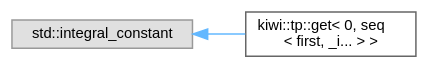
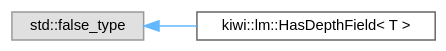
One commit to bab2min/Kiwi changed the diagram in inherit_graph_135.dot. Above: the diagram before and after it, drawn with Graphviz. The commit also changed 89 other files, not shown here.

```diff
--- a/inherit_graph_135.dot
+++ b/inherit_graph_135.dot
@@ -1,11 +1,11 @@
 digraph "Graphical Class Hierarchy"
 {
  // LATEX_PDF_SIZE
   bgcolor="transparent";
   edge [fontname=Helvetica,fontsize=10,labelfontname=Helvetica,labelfontsize=10];
   node [fontname=Helvetica,fontsize=10,shape=box,height=0.2,width=0.4];
   rankdir="LR";
-  Node0 [id="Node000000",label="std::integral_constant",height=0.2,width=0.4,color="grey60", fillcolor="#E0E0E0", style="filled",tooltip=" "];
-  Node0 -> Node1 [id="edge20_Node000000_Node000001",dir="back",color="steelblue1",style="solid",tooltip=" "];
-  Node1 [id="Node000001",label="kiwi::tp::get\< 0, seq\l\< first, _i... \> \>",height=0.2,width=0.4,color="grey40", fillcolor="white", style="filled",URL="$structkiwi_1_1tp_1_1get_3_010_00_01seq_3_01first_00_01__i_8_8_8_01_4_01_4.html",tooltip=" "];
+  Node0 [id="Node000000",label="std::false_type",height=0.2,width=0.4,color="grey60", fillcolor="#E0E0E0", style="filled",tooltip=" "];
+  Node0 -> Node1 [id="edge19_Node000000_Node000001",dir="back",color="steelblue1",style="solid",tooltip=" "];
+  Node1 [id="Node000001",label="kiwi::lm::HasDepthField\< T \>",height=0.2,width=0.4,color="grey40", fillcolor="white", style="filled",URL="$structkiwi_1_1lm_1_1HasDepthField.html",tooltip=" "];
 }
```
